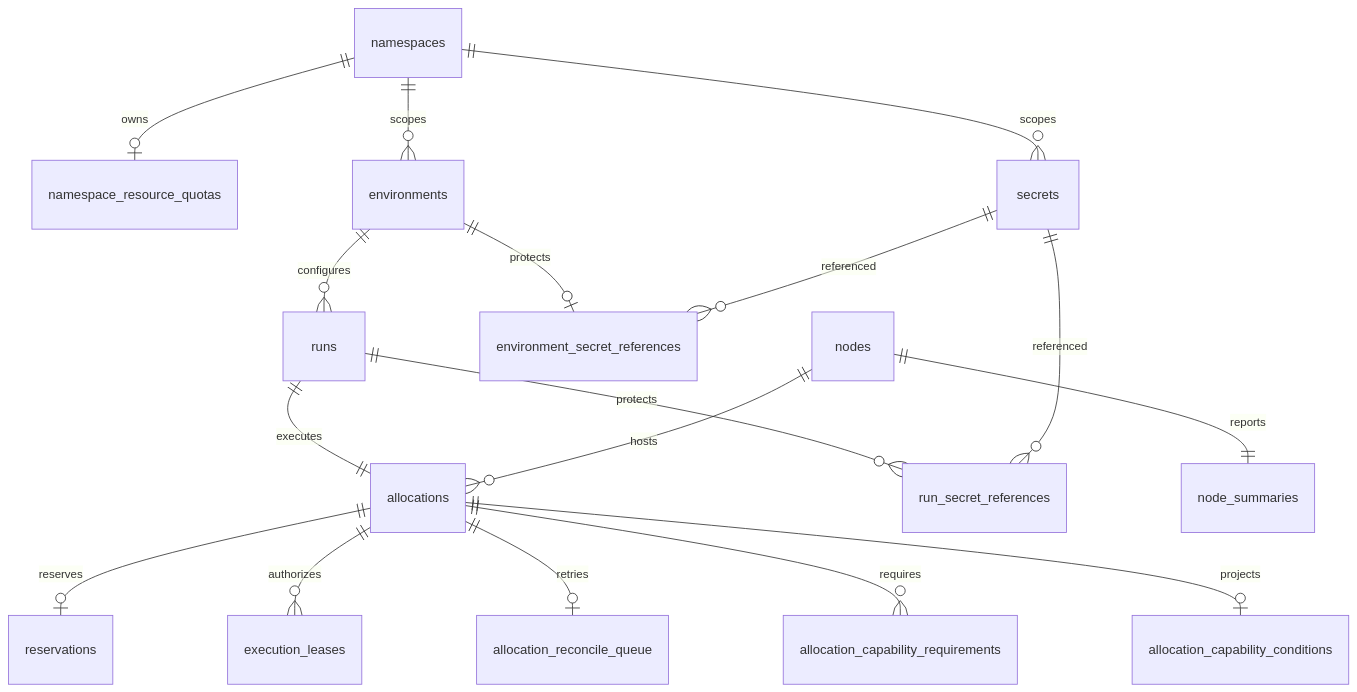
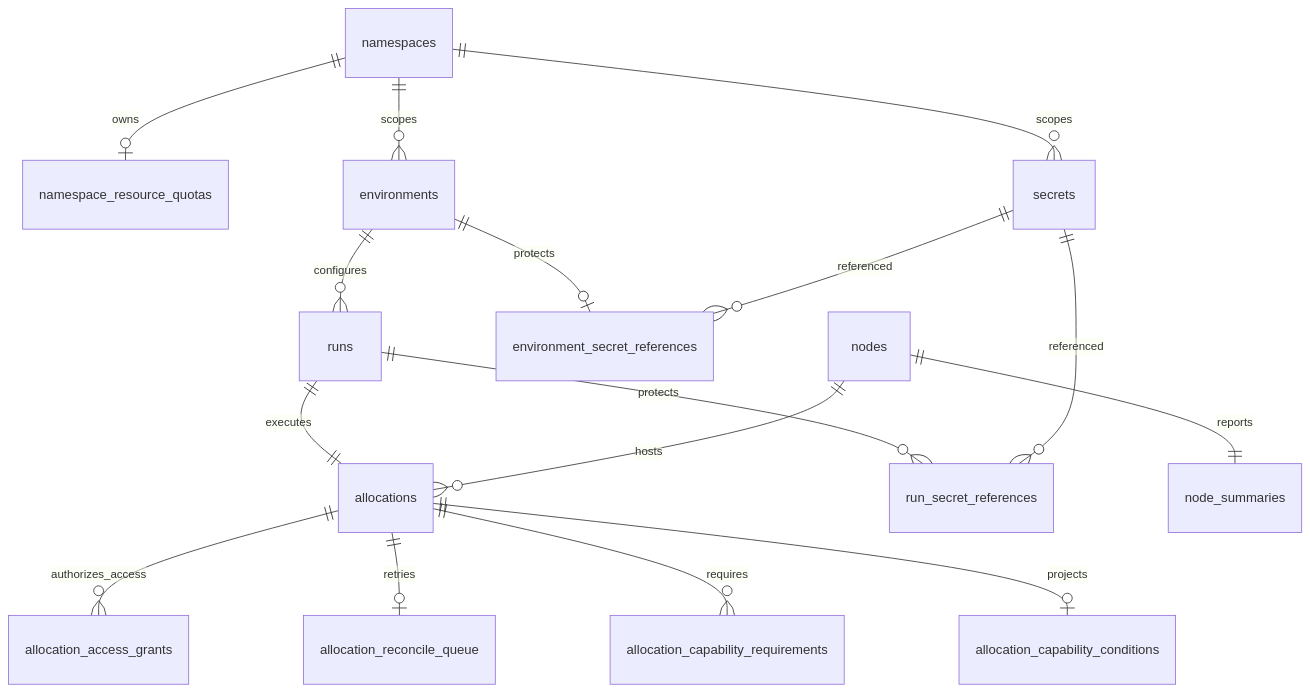
The second of 4 diagrams in control/controld/docs/postgres-schema-design.md (cofy-x/axern), drawn with Mermaid before and after one commit. The commit also changed other lines of this file and 265 other files, not shown here.

````diff
--- a/control/controld/docs/postgres-schema-design.md
+++ b/control/controld/docs/postgres-schema-design.md
@@ -34,19 +34,18 @@
 ```mermaid
 erDiagram
   namespaces ||--o| namespace_resource_quotas : owns
   namespaces ||--o{ environments : scopes
   namespaces ||--o{ secrets : scopes
   environments ||--o{ runs : configures
   environments ||--o| environment_secret_references : protects
   secrets ||--o{ environment_secret_references : referenced
   runs ||--|| allocations : executes
   runs ||--o{ run_secret_references : protects
   secrets ||--o{ run_secret_references : referenced
   nodes ||--o{ allocations : hosts
   nodes ||--|| node_summaries : reports
-  allocations ||--o| reservations : reserves
-  allocations ||--o{ execution_leases : authorizes
+  allocations ||--o{ allocation_access_grants : authorizes_access
   allocations ||--o| allocation_reconcile_queue : retries
   allocations ||--o{ allocation_capability_requirements : requires
   allocations ||--o| allocation_capability_conditions : projects
 ```
````
